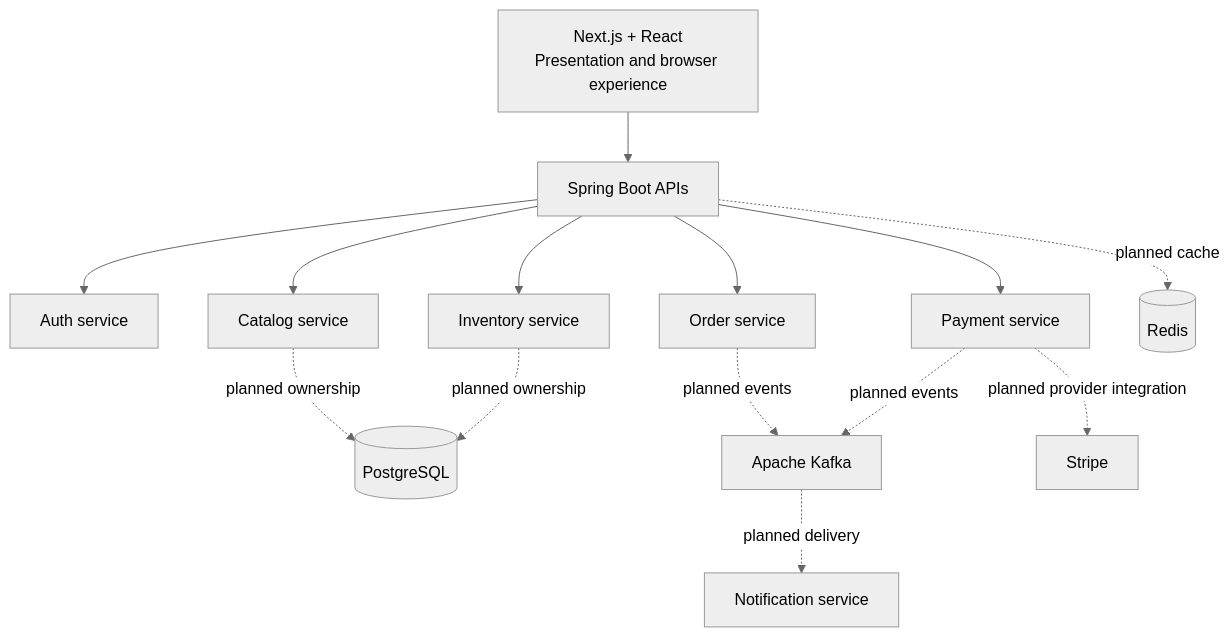
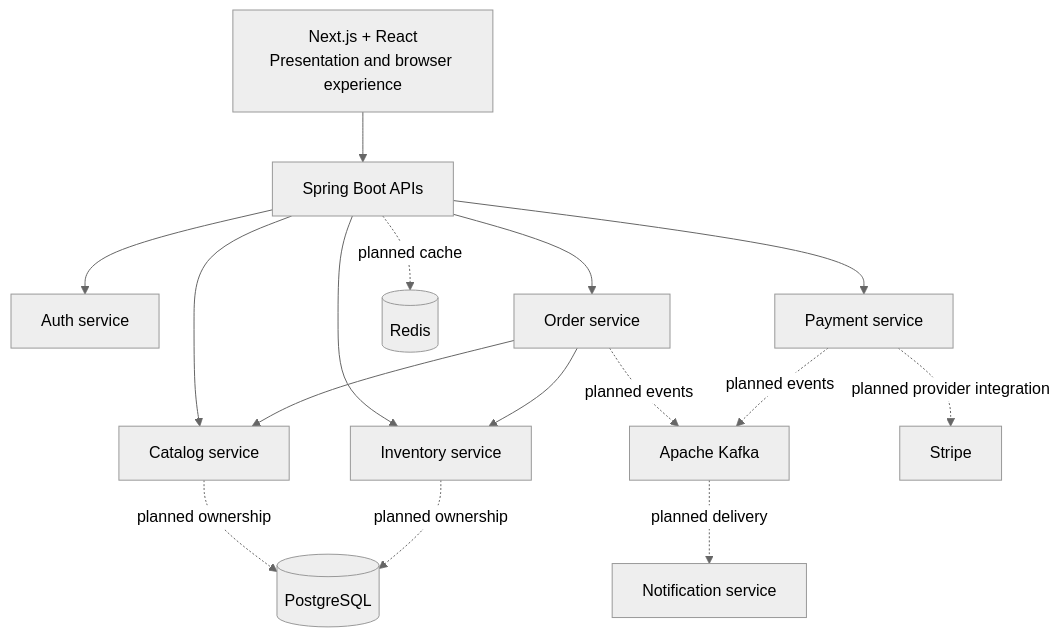
One commit to niloy-datta/novacommerce-platform changed the diagram in docs/architecture/system-overview.md. Above: the diagram before and after it, drawn with Mermaid (neutral theme). The commit also changed other lines of this file and 65 other files, not shown here.

````diff
--- a/docs/architecture/system-overview.md
+++ b/docs/architecture/system-overview.md
@@ -21,16 +21,18 @@
 ```mermaid
 flowchart TB
     Web["Next.js + React\nPresentation and browser experience"] --> APIs["Spring Boot APIs"]
     APIs --> Auth["Auth service"]
     APIs --> Catalog["Catalog service"]
     APIs --> Inventory["Inventory service"]
     APIs --> Orders["Order service"]
     APIs --> Payments["Payment service"]
+    Orders --> Catalog
+    Orders --> Inventory
     Orders -. planned events .-> Kafka["Apache Kafka"]
     Payments -. planned events .-> Kafka
     Kafka -. planned delivery .-> Notifications["Notification service"]
     Catalog -. planned ownership .-> Postgres[("PostgreSQL")]
     Inventory -. planned ownership .-> Postgres
     APIs -. planned cache .-> Redis[("Redis")]
     Payments -. planned provider integration .-> Stripe["Stripe"]
 ```
````
